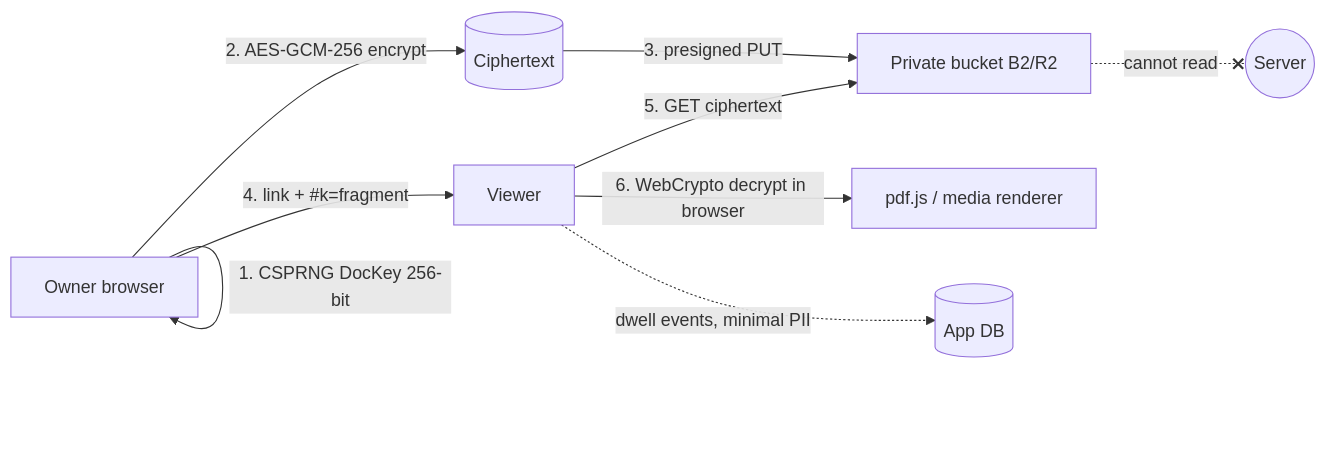
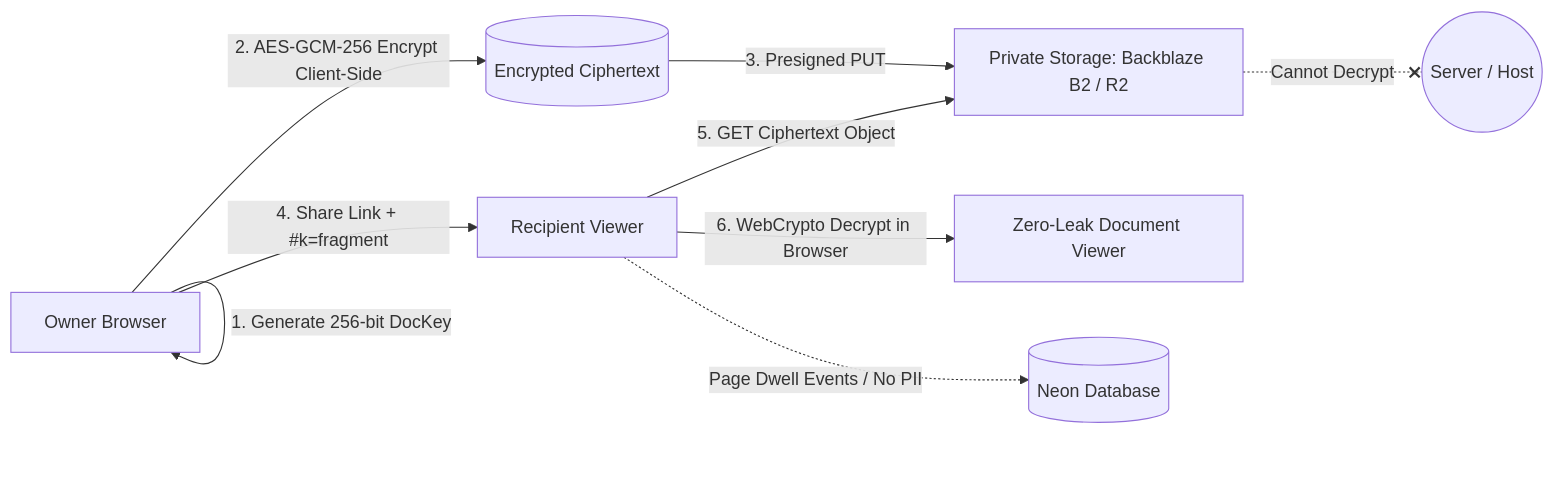
The diagram in README.md (SudhirDevOps1/BlindShare), drawn with Mermaid before and after one commit. The commit also changed other lines of this file and 4 other files, not shown here.

````diff
--- a/README.md
+++ b/README.md
@@ -13,11 +12,11 @@
 ```mermaid
 flowchart LR
-  A[Owner browser] -->|1. CSPRNG DocKey 256-bit| A
-  A -->|2. AES-GCM-256 encrypt| B[(Ciphertext)]
-  B -->|3. presigned PUT| C[Private bucket B2/R2]
-  A -->|4. link + #k=fragment| D[Viewer]
-  D -->|5. GET ciphertext| C
-  D -->|6. WebCrypto decrypt in browser| E[pdf.js / media renderer]
-  D -.->|dwell events, minimal PII| F[(App DB)]
-  C -.-x|cannot read| G((Server))
+  A[Owner Browser] -->|1. Generate 256-bit DocKey| A
+  A -->|2. AES-GCM-256 Encrypt Client-Side| B[(Encrypted Ciphertext)]
+  B -->|3. Presigned PUT| C[Private Storage: Backblaze B2 / R2]
+  A -->|4. Share Link + #k=fragment| D[Recipient Viewer]
+  D -->|5. GET Ciphertext Object| C
+  D -->|6. WebCrypto Decrypt in Browser| E[Zero-Leak Document Viewer]
+  D -.->|Page Dwell Events / No PII| F[(Neon Database)]
+  C -.-x|Cannot Decrypt| G((Server / Host))
 ```
````
